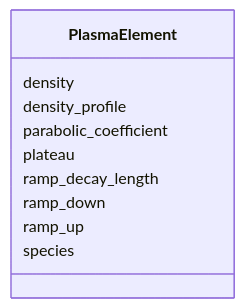
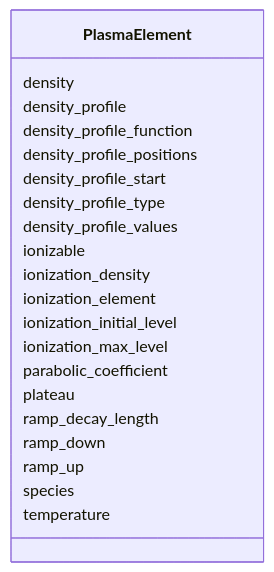
Before and after one commit to astec-stfc/laura: the diagram in docs/source/schema/PlasmaElement.md, drawn with Mermaid. The commit also changed other lines of this file and 84 other files, not shown here.

Commit message:
add hollow plasma, additional laser simulation attrs, plasma ionization settings

````diff
--- a/docs/source/schema/PlasmaElement.md
+++ b/docs/source/schema/PlasmaElement.md
@@ -18,22 +18,44 @@
 ```mermaid
  classDiagram
     class PlasmaElement
     click PlasmaElement href "../PlasmaElement/"
       PlasmaElement : density
         
       PlasmaElement : density_profile
+        
+      PlasmaElement : density_profile_function
+        
+      PlasmaElement : density_profile_positions
+        
+      PlasmaElement : density_profile_start
+        
+      PlasmaElement : density_profile_type
+        
+      PlasmaElement : density_profile_values
+        
+      PlasmaElement : ionizable
+        
+      PlasmaElement : ionization_density
+        
+      PlasmaElement : ionization_element
+        
+      PlasmaElement : ionization_initial_level
+        
+      PlasmaElement : ionization_max_level
         
       PlasmaElement : parabolic_coefficient
         
       PlasmaElement : plateau
         
       PlasmaElement : ramp_decay_length
         
       PlasmaElement : ramp_down
         
       PlasmaElement : ramp_up
         
       PlasmaElement : species
         
+      PlasmaElement : temperature
+        
       
 ```
````
